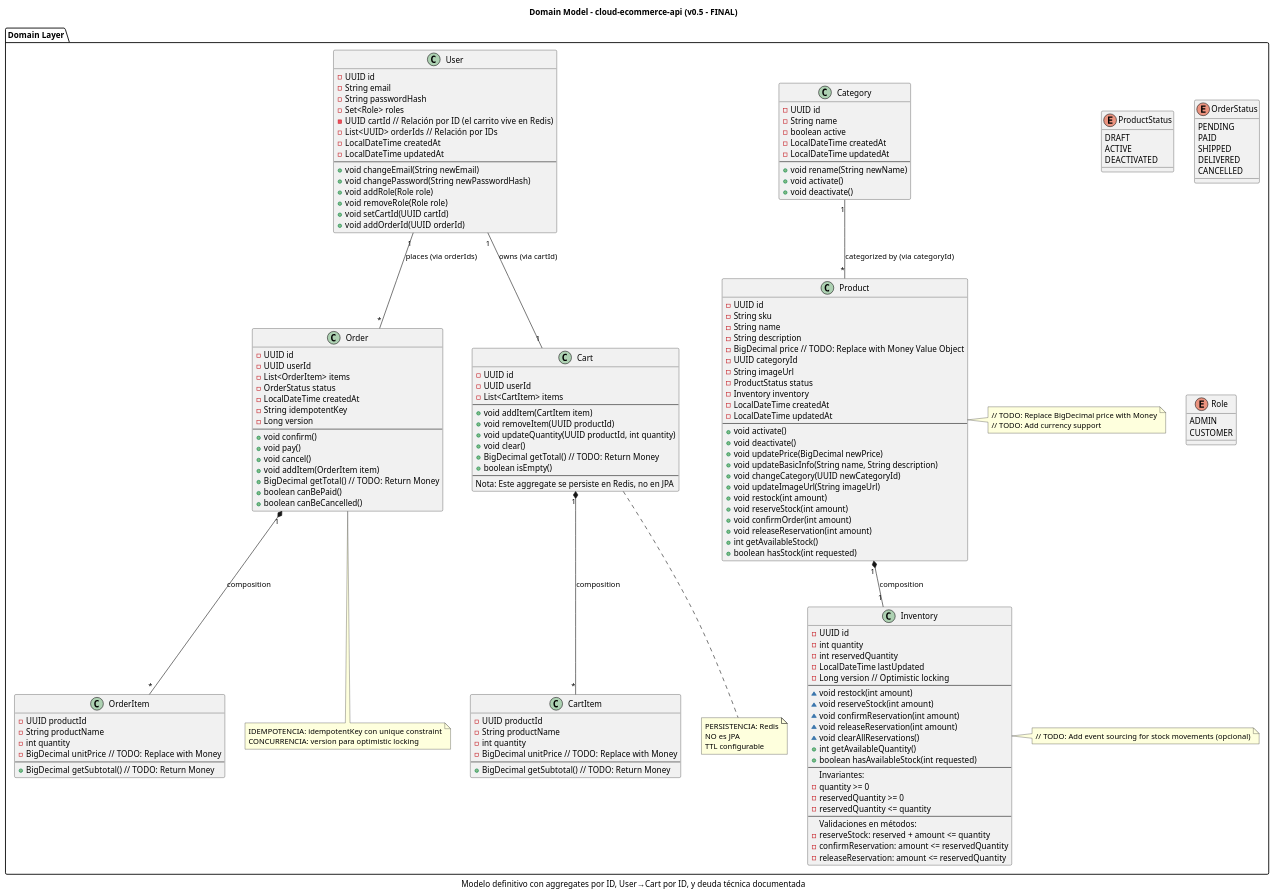
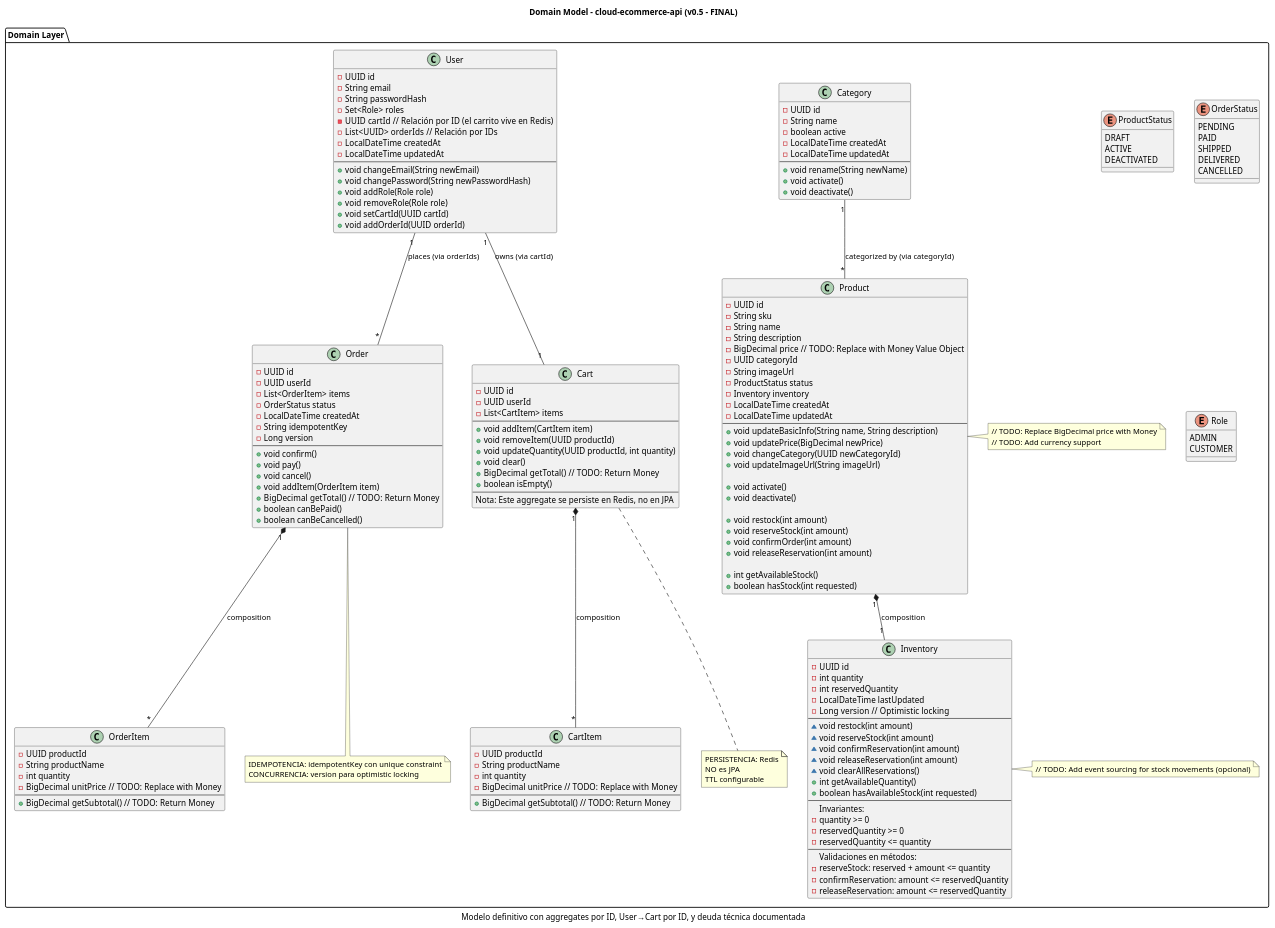
One commit to marcobustosblas/cloud-ecommerce-api changed the diagram in docs/diagrams/domain-model.puml. Above: the diagram before and after it, drawn with PlantUML.

Commit message:
chore(domain): reorder Product methods in domain diagram for lifecycle clarity

```diff
--- a/docs/diagrams/domain-model.puml
+++ b/docs/diagrams/domain-model.puml
@@ -1,189 +1,192 @@
 @startuml
 title Domain Model - cloud-ecommerce-api (v0.5 - FINAL)
 caption Autor: Marco Orlando Bustos Blas - Fecha: 2026-03-25
 caption Modelo definitivo con aggregates por ID, User→Cart por ID, y deuda técnica documentada
 
 package "Domain Layer" {
 
     enum ProductStatus {
         DRAFT
         ACTIVE
         DEACTIVATED
     }
 
     class Product {
         - UUID id
         - String sku
         - String name
         - String description
         - BigDecimal price  // TODO: Replace with Money Value Object
         - UUID categoryId
         - String imageUrl
         - ProductStatus status
         - Inventory inventory
         - LocalDateTime createdAt
         - LocalDateTime updatedAt
         ---
+        + void updateBasicInfo(String name, String description)
+        + void updatePrice(BigDecimal newPrice)
+        + void changeCategory(UUID newCategoryId)
+        + void updateImageUrl(String imageUrl)
+
         + void activate()
         + void deactivate()
-        + void updatePrice(BigDecimal newPrice)
-        + void updateBasicInfo(String name, String description)
-        + void changeCategory(UUID newCategoryId)
-        + void updateImageUrl(String imageUrl)
+
         + void restock(int amount)
         + void reserveStock(int amount)
         + void confirmOrder(int amount)
         + void releaseReservation(int amount)
+
         + int getAvailableStock()
         + boolean hasStock(int requested)
     }
 
     class Category {
         - UUID id
         - String name
         - boolean active
         - LocalDateTime createdAt
         - LocalDateTime updatedAt
         ---
         + void rename(String newName)
         + void activate()
         + void deactivate()
     }
 
     class Inventory {
         - UUID id
         - int quantity
         - int reservedQuantity
         - LocalDateTime lastUpdated
         - Long version  // Optimistic locking
         ---
         ~ void restock(int amount)
         ~ void reserveStock(int amount)
         ~ void confirmReservation(int amount)
         ~ void releaseReservation(int amount)
         ~ void clearAllReservations()
         + int getAvailableQuantity()
         + boolean hasAvailableStock(int requested)
         --
         Invariantes:
         - quantity >= 0
         - reservedQuantity >= 0
         - reservedQuantity <= quantity
         --
         Validaciones en métodos:
         - reserveStock: reserved + amount <= quantity
         - confirmReservation: amount <= reservedQuantity
         - releaseReservation: amount <= reservedQuantity
     }
 
     enum OrderStatus {
         PENDING
         PAID
         SHIPPED
         DELIVERED
         CANCELLED
     }
 
     class Order {
         - UUID id
         - UUID userId
         - List<OrderItem> items
         - OrderStatus status
         - LocalDateTime createdAt
         - String idempotentKey
         - Long version
         ---
         + void confirm()
         + void pay()
         + void cancel()
         + void addItem(OrderItem item)
         + BigDecimal getTotal()  // TODO: Return Money
         + boolean canBePaid()
         + boolean canBeCancelled()
     }
 
     class OrderItem {
         - UUID productId
         - String productName
         - int quantity
         - BigDecimal unitPrice  // TODO: Replace with Money
         ---
         + BigDecimal getSubtotal()  // TODO: Return Money
     }
 
     class Cart {
         - UUID id
         - UUID userId
         - List<CartItem> items
         ---
         + void addItem(CartItem item)
         + void removeItem(UUID productId)
         + void updateQuantity(UUID productId, int quantity)
         + void clear()
         + BigDecimal getTotal()  // TODO: Return Money
         + boolean isEmpty()
         --
         Nota: Este aggregate se persiste en Redis, no en JPA
     }
 
     class CartItem {
         - UUID productId
         - String productName
         - int quantity
         - BigDecimal unitPrice  // TODO: Replace with Money
         ---
         + BigDecimal getSubtotal()  // TODO: Return Money
     }
 
     enum Role {
         ADMIN
         CUSTOMER
     }
 
     class User {
         - UUID id
         - String email
         - String passwordHash
         - Set<Role> roles
         - UUID cartId  // Relación por ID (el carrito vive en Redis)
         - List<UUID> orderIds  // Relación por IDs
         - LocalDateTime createdAt
         - LocalDateTime updatedAt
         ---
         + void changeEmail(String newEmail)
         + void changePassword(String newPasswordHash)
         + void addRole(Role role)
         + void removeRole(Role role)
         + void setCartId(UUID cartId)
         + void addOrderId(UUID orderId)
     }
 
     ' Relaciones (DEFINITIVAS)
     Category "1" -- "*" Product : categorized by (via categoryId)
     Product "1" *-- "1" Inventory : composition
     User "1" -- "1" Cart : owns (via cartId)
     User "1" -- "*" Order : places (via orderIds)
     Order "1" *-- "*" OrderItem : composition
     Cart "1" *-- "*" CartItem : composition
 
     note right of Product
         // TODO: Replace BigDecimal price with Money
         // TODO: Add currency support
     end note
 
     note bottom of Cart
         PERSISTENCIA: Redis
         NO es JPA
         TTL configurable
     end note
 
     note bottom of Order
         IDEMPOTENCIA: idempotentKey con unique constraint
         CONCURRENCIA: version para optimistic locking
     end note
 
     note right of Inventory
         // TODO: Add event sourcing for stock movements (opcional)
     end note
 }
 @enduml
```
